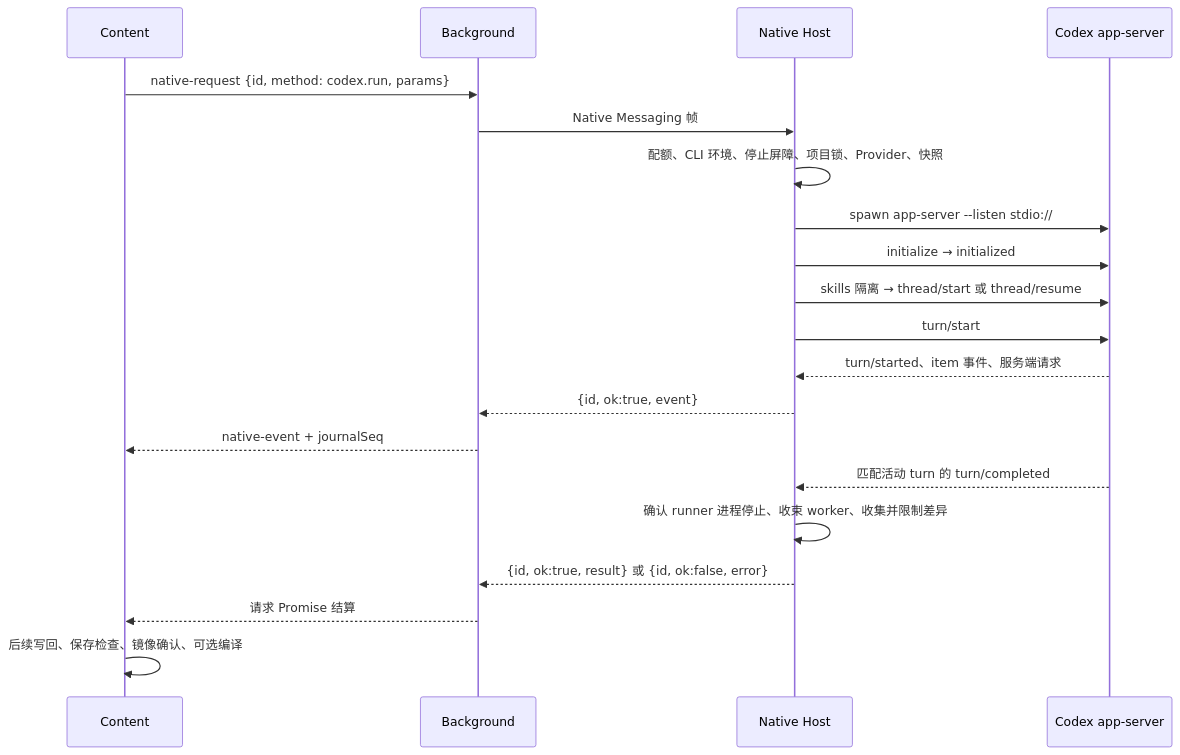
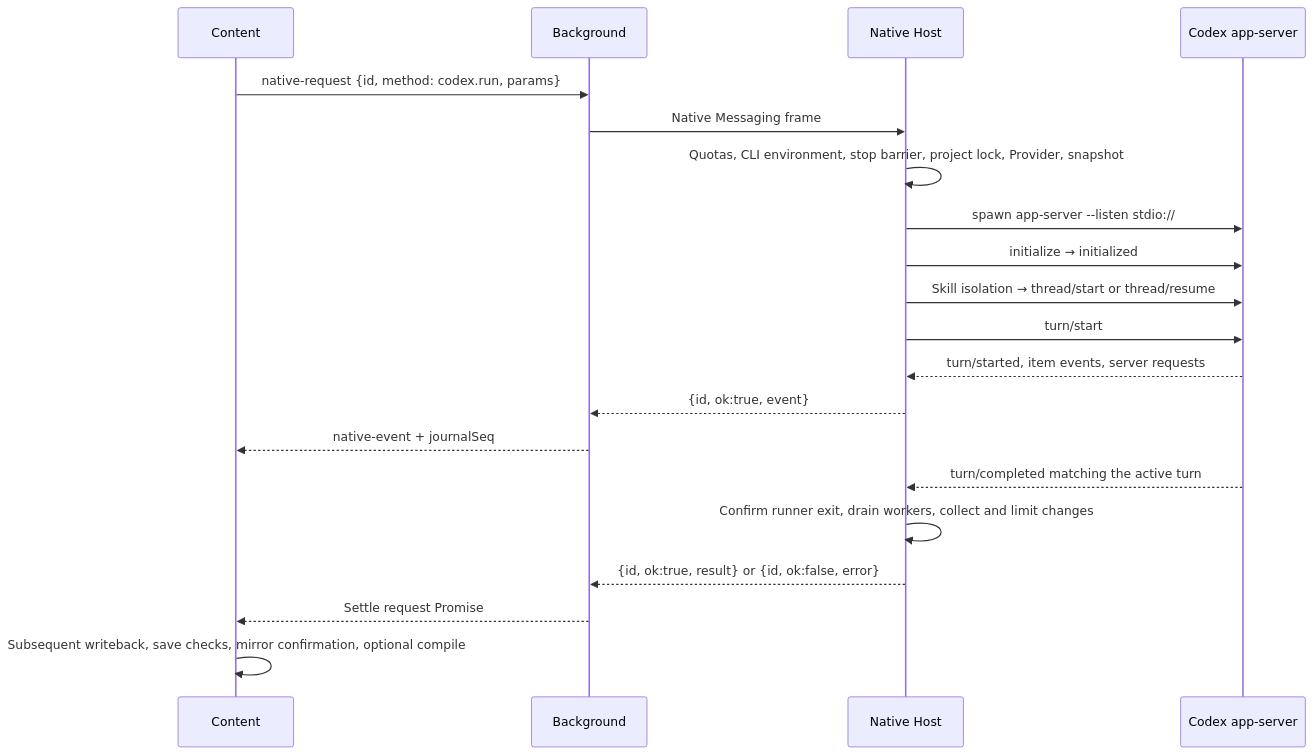
The diagram in docs/architecture/native-execution.md (Ghqqqq/codex-overleaf-link), drawn with Mermaid before and after one commit. The commit also changed other lines of this file and 14 other files, not shown here.

Commit message:
docs: translate architecture guide to English and correct navigation

````diff
--- a/docs/architecture/native-execution.md
+++ b/docs/architecture/native-execution.md
@@ -38,22 +38,22 @@
 ```mermaid
 sequenceDiagram
     participant C as Content
     participant B as Background
     participant N as Native Host
     participant A as Codex app-server
     C->>B: native-request {id, method: codex.run, params}
-    B->>N: Native Messaging 帧
-    N->>N: 配额、CLI 环境、停止屏障、项目锁、Provider、快照
+    B->>N: Native Messaging frame
+    N->>N: Quotas, CLI environment, stop barrier, project lock, Provider, snapshot
     N->>A: spawn app-server --listen stdio://
     N->>A: initialize → initialized
-    N->>A: skills 隔离 → thread/start 或 thread/resume
+    N->>A: Skill isolation → thread/start or thread/resume
     N->>A: turn/start
-    A-->>N: turn/started、item 事件、服务端请求
+    A-->>N: turn/started, item events, server requests
     N-->>B: {id, ok:true, event}
     B-->>C: native-event + journalSeq
-    A-->>N: 匹配活动 turn 的 turn/completed
-    N->>N: 确认 runner 进程停止、收束 worker、收集并限制差异
-    N-->>B: {id, ok:true, result} 或 {id, ok:false, error}
-    B-->>C: 请求 Promise 结算
-    C->>C: 后续写回、保存检查、镜像确认、可选编译
+    A-->>N: turn/completed matching the active turn
+    N->>N: Confirm runner exit, drain workers, collect and limit changes
+    N-->>B: {id, ok:true, result} or {id, ok:false, error}
+    B-->>C: Settle request Promise
+    C->>C: Subsequent writeback, save checks, mirror confirmation, optional compile
 ```
````
